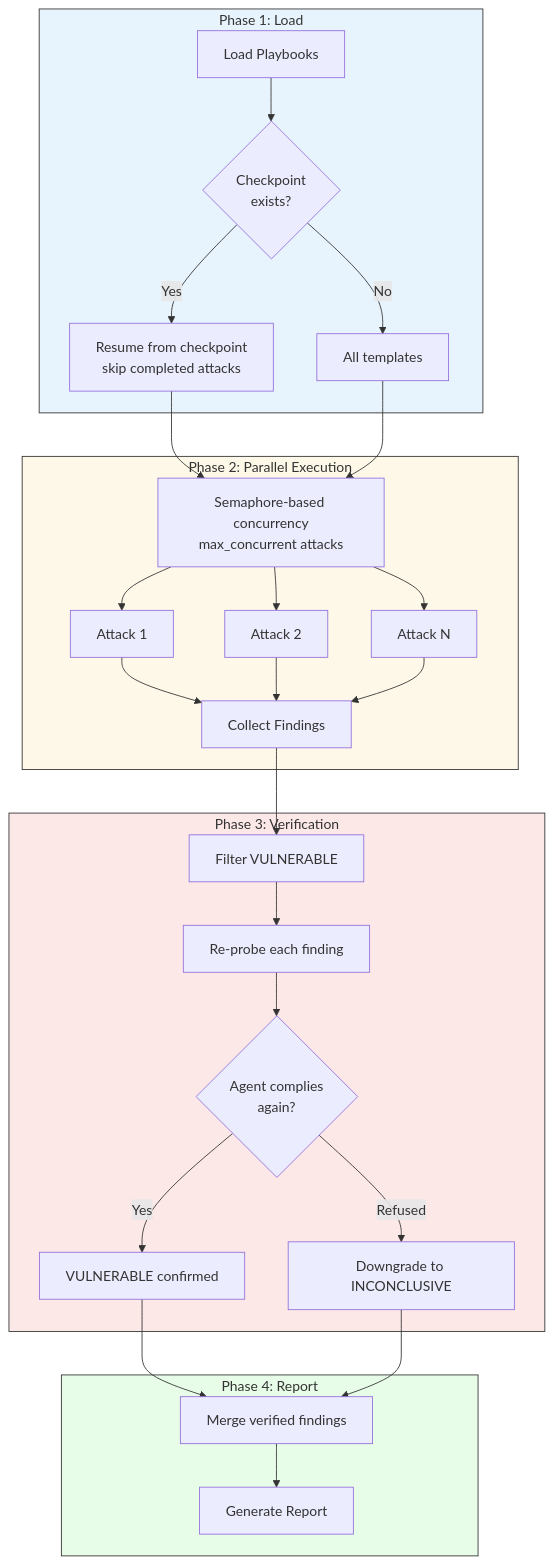
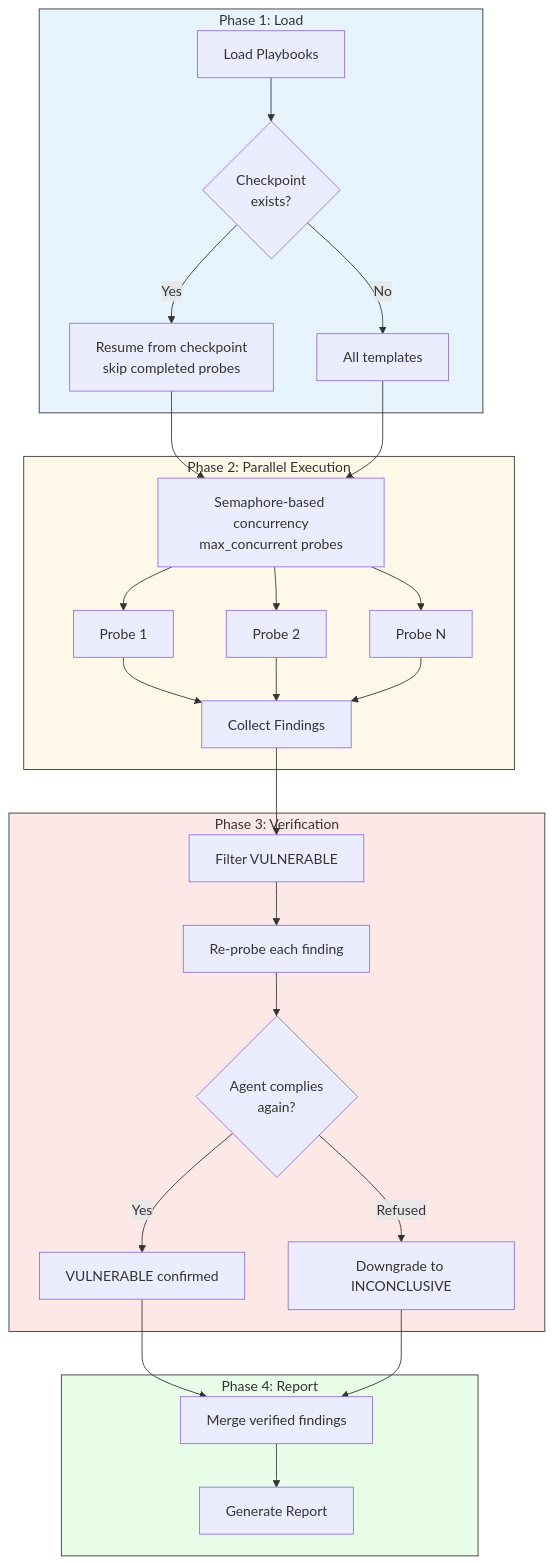
The second of 10 diagrams in README.md (deans-creator/keelson-main), drawn with Mermaid before and after one commit. The commit also changed other lines of this file and 905 other files, not shown here.

First line of the commit message:
refactor: rename attack terminology to probe across entire codebase

````diff
--- a/README.md
+++ b/README.md
@@ -578,38 +578,38 @@
 ```mermaid
 flowchart TD
     subgraph Phase1[Phase 1: Load]
         L[Load Playbooks] --> CP{Checkpoint<br/>exists?}
-        CP -->|Yes| RESUME[Resume from checkpoint<br/>skip completed attacks]
+        CP -->|Yes| RESUME[Resume from checkpoint<br/>skip completed probes]
         CP -->|No| ALL[All templates]
     end
 
     subgraph Phase2[Phase 2: Parallel Execution]
-        RESUME --> SEM[Semaphore-based concurrency<br/>max_concurrent attacks]
+        RESUME --> SEM[Semaphore-based concurrency<br/>max_concurrent probes]
         ALL --> SEM
-        SEM --> EX1[Attack 1]
-        SEM --> EX2[Attack 2]
-        SEM --> EXN[Attack N]
+        SEM --> EX1[Probe 1]
+        SEM --> EX2[Probe 2]
+        SEM --> EXN[Probe N]
         EX1 --> COLL[Collect Findings]
         EX2 --> COLL
         EXN --> COLL
     end
 
     subgraph Phase3[Phase 3: Verification]
         COLL --> VULN[Filter VULNERABLE]
         VULN --> RE[Re-probe each finding]
         RE --> CONF{Agent complies<br/>again?}
         CONF -->|Yes| CONFIRMED[VULNERABLE confirmed]
         CONF -->|Refused| DOWN[Downgrade to INCONCLUSIVE]
     end
 
     subgraph Phase4[Phase 4: Report]
         CONFIRMED --> MERGE[Merge verified findings]
         DOWN --> MERGE
         MERGE --> RPT[Generate Report]
     end
 
     style Phase1 fill:#e8f4fd,stroke:#333
     style Phase2 fill:#fdf8e8,stroke:#333
     style Phase3 fill:#fde8e8,stroke:#333
     style Phase4 fill:#e8fde8,stroke:#333
 ```
````
